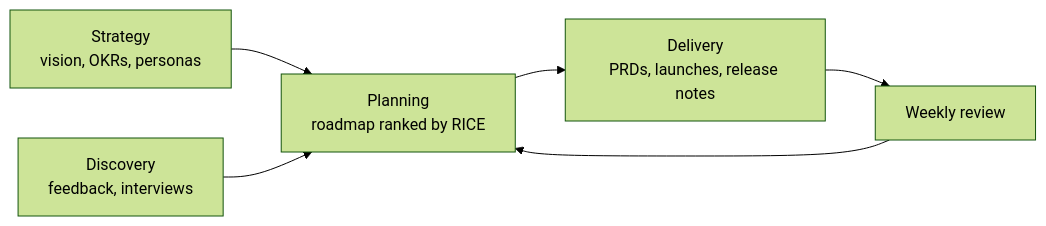
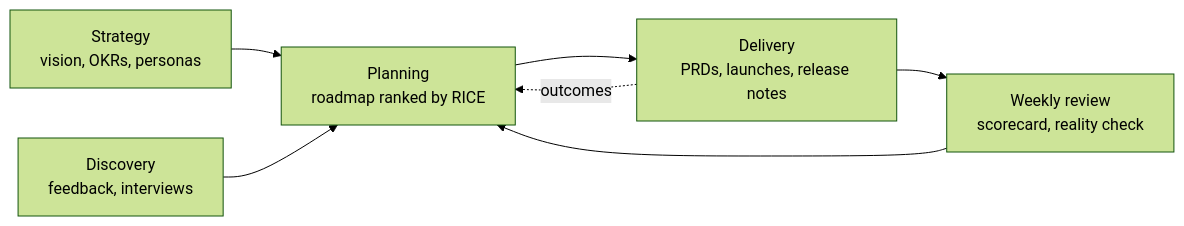
One commit to hillnote/hillnote-templates changed the diagram in templates/product-hq/workspace/documents/Start here.md. Above: the diagram before and after it, drawn with Mermaid (forest theme). The commit also changed other lines of this file and 45 other files, not shown here.

````diff
--- a/templates/product-hq/workspace/documents/Start here.md
+++ b/templates/product-hq/workspace/documents/Start here.md
@@ -9,8 +11,9 @@
 ```mermaid
 graph LR
   S[Strategy<br/>vision, OKRs, personas] --> P[Planning<br/>roadmap ranked by RICE]
   D[Discovery<br/>feedback, interviews] --> P
   P --> X[Delivery<br/>PRDs, launches, release notes]
-  X --> R[Weekly review]
+  X --> R[Weekly review<br/>scorecard, reality check]
   R --> P
+  X -. outcomes .-> P
 ```
````
